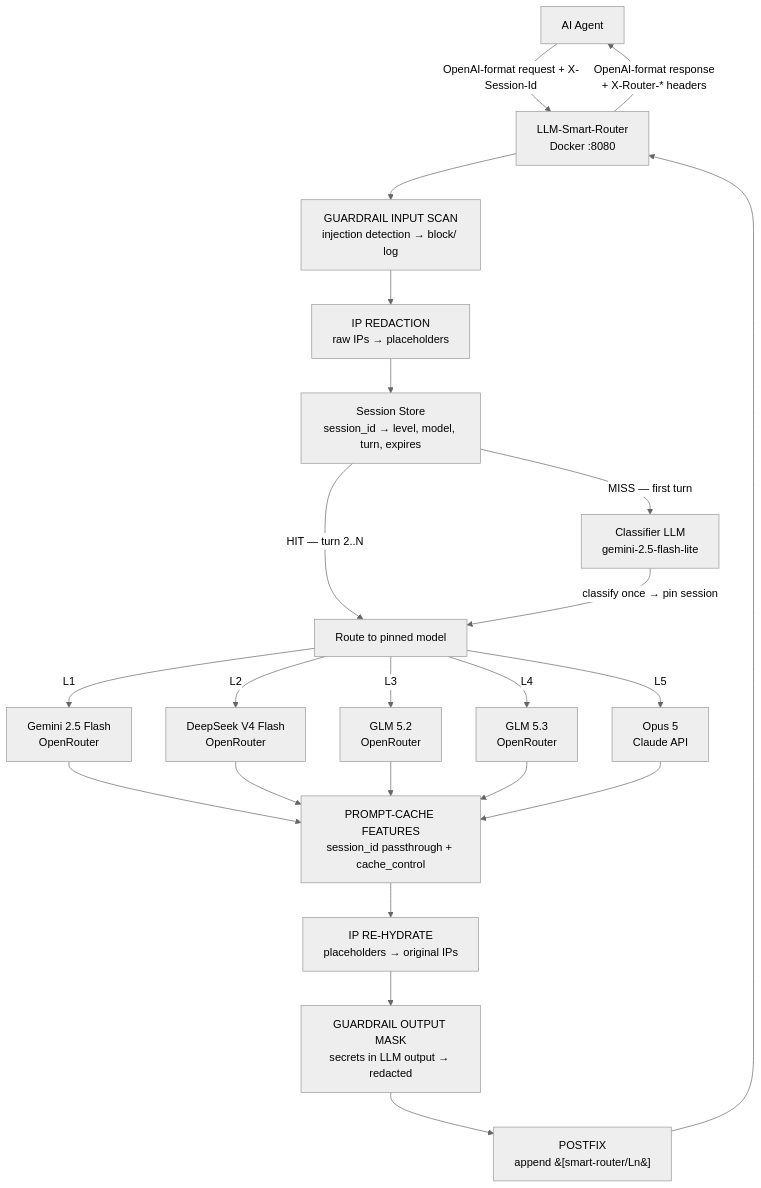
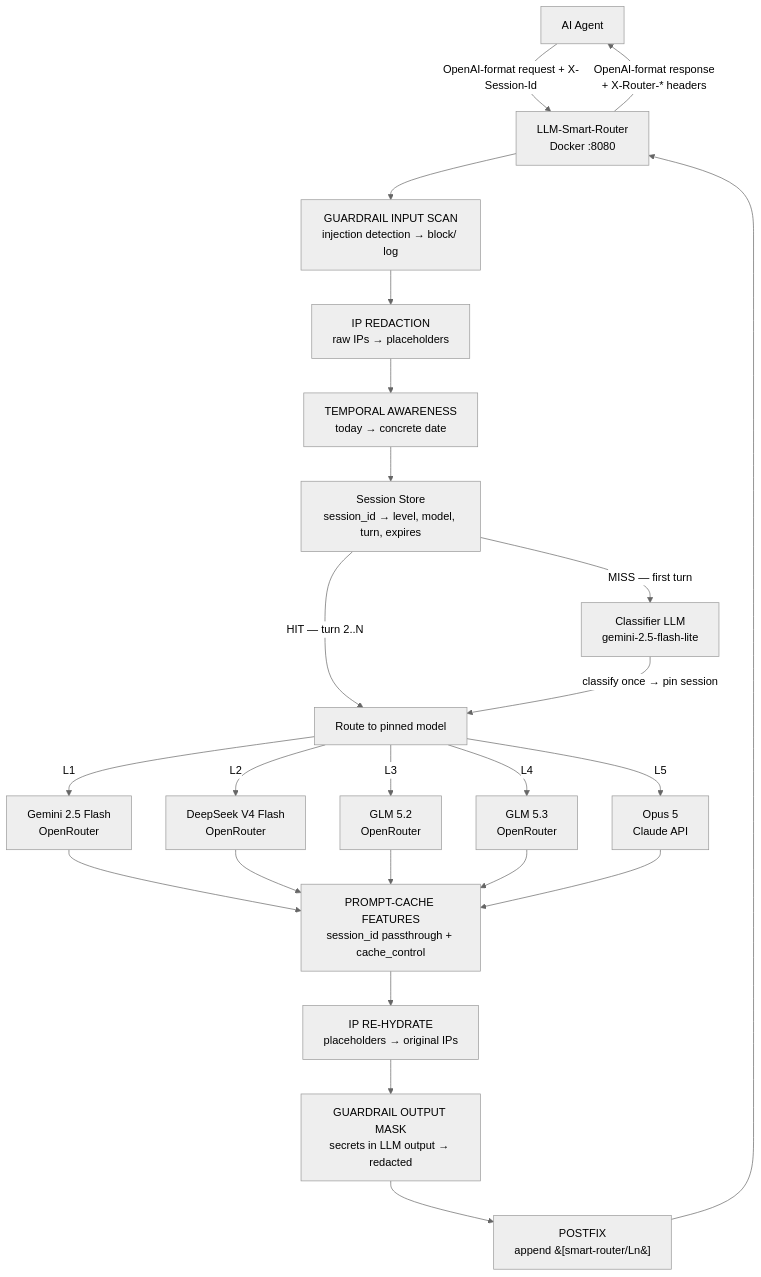
Before and after one commit to Green-Needle-Tech/llm-smart-router: the first of 2 diagrams in llm-smart-router-spec.md, drawn with Mermaid (neutral theme). The commit also changed other lines of this file and 14 other files, not shown here.

First line of the commit message:
feat: temporal awareness + RoutingEngine hot-reload fix (v2.4.0)

````diff
--- a/llm-smart-router-spec.md
+++ b/llm-smart-router-spec.md
@@ -40,29 +40,30 @@
 ```mermaid
 flowchart TD
     A[AI Agent] -->|"OpenAI-format request + X-Session-Id"| B["LLM-Smart-Router<br/>Docker :8080"]
     B -->|"OpenAI-format response<br/>+ X-Router-* headers"| A
     B --> G["GUARDRAIL INPUT SCAN<br/>injection detection → block/ log"]
     G --> P["IP REDACTION<br/>raw IPs → placeholders"]
-    P --> S["Session Store<br/>session_id → level, model, turn, expires"]
+    P --> P2T["TEMPORAL AWARENESS\ntoday → concrete date"]
+    P2T --> S["Session Store<br/>session_id → level, model, turn, expires"]
 
     S -->|"MISS — first turn"| C["Classifier LLM<br/>gemini-2.5-flash-lite"]
     S -->|"HIT — turn 2..N"| R["Route to pinned model"]
 
     C -->|"classify once → pin session"| R
 
     R -->|"L1"| M1["Gemini 2.5 Flash<br/>OpenRouter"]
     R -->|"L2"| M2["DeepSeek V4 Flash<br/>OpenRouter"]
     R -->|"L3"| M3["GLM 5.2<br/>OpenRouter"]
     R -->|"L4"| M4["GLM 5.3<br/>OpenRouter"]
     R -->|"L5"| M5["Opus 5<br/>Claude API"]
 
     M1 --> PC["PROMPT-CACHE FEATURES<br/>session_id passthrough + cache_control"]
     M2 --> PC
     M3 --> PC
     M4 --> PC
     M5 --> PC
     PC --> RH["IP RE-HYDRATE<br/>placeholders → original IPs"]
     RH --> OM["GUARDRAIL OUTPUT MASK<br/>secrets in LLM output → redacted"]
     OM --> PF["POSTFIX<br/>append &#91;smart-router/Ln&#93;"]
     PF --> B
 ```
````
